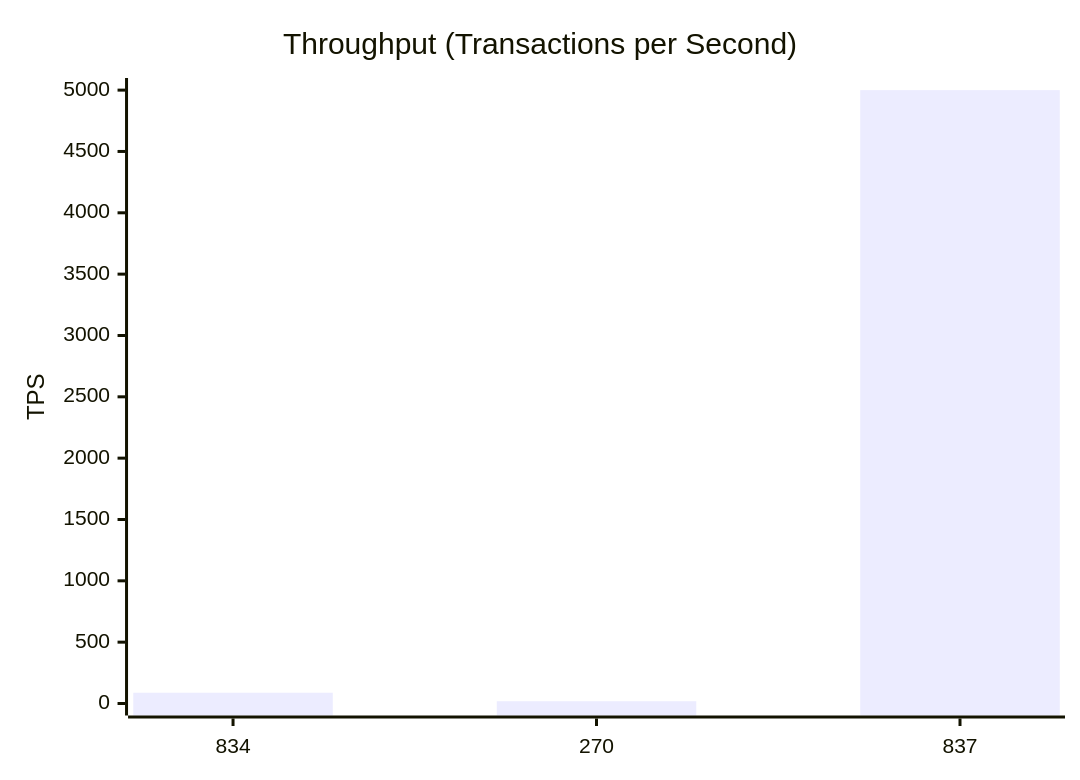
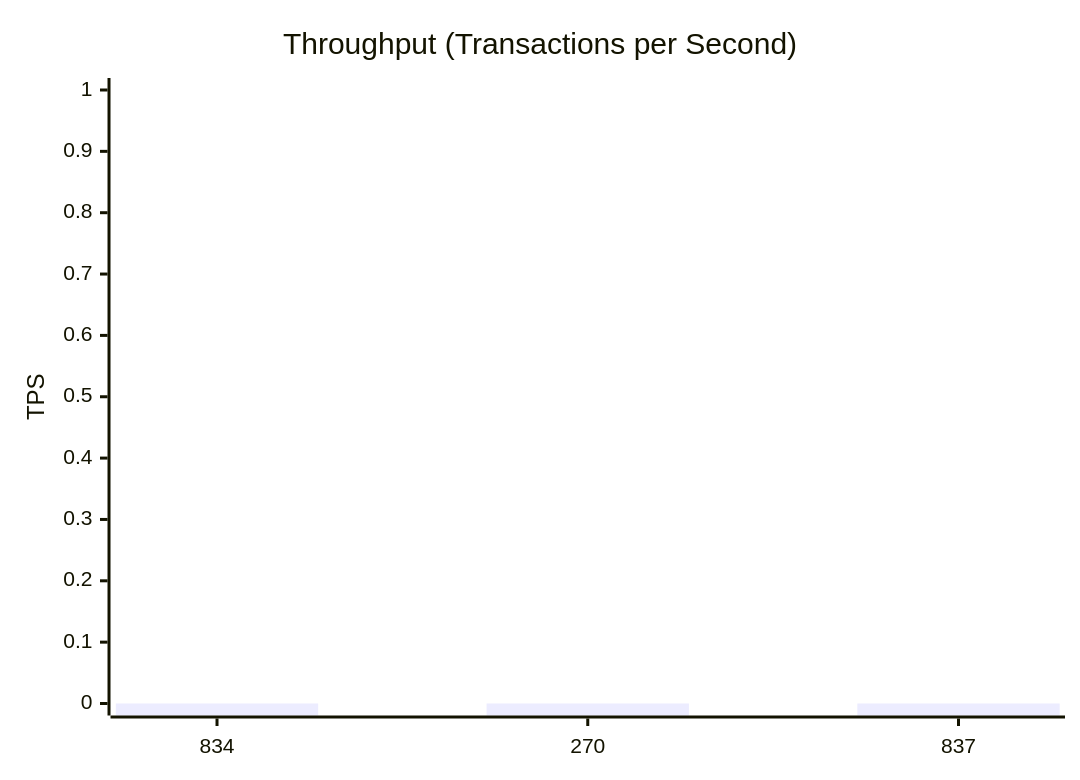
The second of 10 diagrams in test-tools/DataGen/src/Statistics_Visualizer.md (dhagan-va/intern-2025), drawn with Mermaid before and after one commit. The commit also changed other lines of this file and 6 other files, not shown here.

````diff
--- a/test-tools/DataGen/src/Statistics_Visualizer.md
+++ b/test-tools/DataGen/src/Statistics_Visualizer.md
@@ -28,7 +28,7 @@
 ```mermaid
 xychart-beta
     title "Throughput (Transactions per Second)"
     x-axis ["834", "270", "837"]
-    y-axis "TPS" 0 --> 5001.0
-    bar [87.71929824561403, 18.518587105878172, 5000.0]
+    y-axis "TPS" 0 --> 1.0
+    bar [0.0, 0.0, 0.0]
 ```
````
